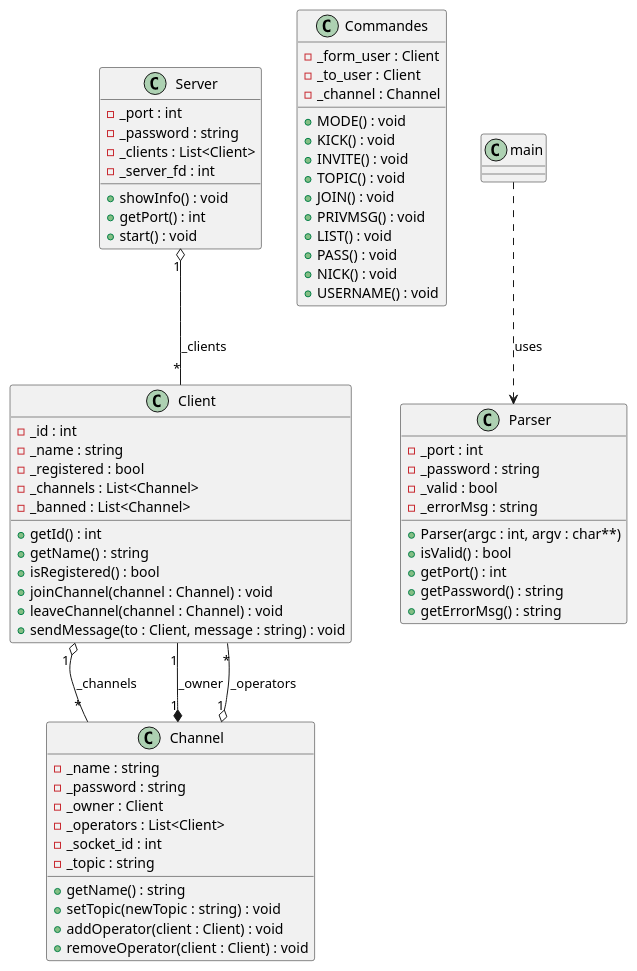
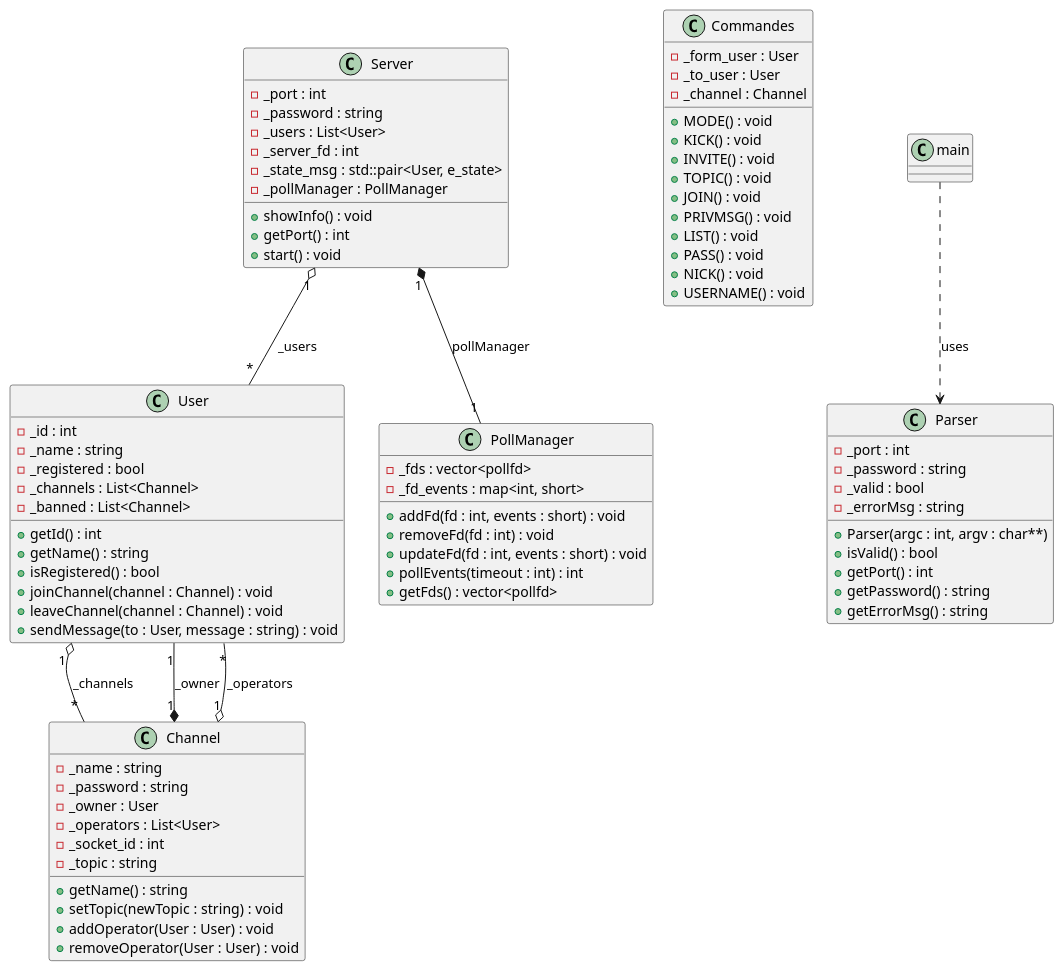
One commit to EniumRaphael/ft_irc changed the diagram in diagram.puml. Above: the diagram before and after it, drawn with PlantUML. The commit also changed 5 other files, not shown here.

Commit message:
Added PollManager class

```diff
--- a/diagram.puml
+++ b/diagram.puml
@@ -1,98 +1,116 @@
 @startuml
+
 
 ' ========================
 '        CLASS: Server
 ' ========================
 class Server {
     - _port : int
     - _password : string
-    - _clients : List<Client>
+    - _users : List<User>
     - _server_fd : int
+    - _state_msg : std::pair<User, e_state>
+    - _pollManager : PollManager
 
     + showInfo() : void
     + getPort() : int
     + start() : void
 }
 
 ' ========================
-'        CLASS: Client
+'        CLASS: User
 ' ========================
-class Client {
+class User {
     - _id : int
     - _name : string
     - _registered : bool
     - _channels : List<Channel>
     - _banned : List<Channel>
 
     + getId() : int
     + getName() : string
     + isRegistered() : bool
     + joinChannel(channel : Channel) : void
     + leaveChannel(channel : Channel) : void
-    + sendMessage(to : Client, message : string) : void
+    + sendMessage(to : User, message : string) : void
 }
 
 ' ========================
 '        CLASS: Channel
 ' ========================
 class Channel {
     - _name : string
     - _password : string
-    - _owner : Client
-    - _operators : List<Client>
+    - _owner : User
+    - _operators : List<User>
     - _socket_id : int
     - _topic : string
 
     + getName() : string
     + setTopic(newTopic : string) : void
-    + addOperator(client : Client) : void
-    + removeOperator(client : Client) : void
+    + addOperator(User : User) : void
+    + removeOperator(User : User) : void
 }
 
 ' ========================
 '        CLASS: Commandes
 ' ========================
 class Commandes {
-    - _form_user : Client
-    - _to_user : Client
+    - _form_user : User
+    - _to_user : User
     - _channel : Channel
 
     + MODE() : void
     + KICK() : void
     + INVITE() : void
     + TOPIC() : void
     + JOIN() : void
     + PRIVMSG() : void
     + LIST() : void
     + PASS() : void
     + NICK() : void
     + USERNAME() : void
 }
 
 ' ========================
 '        CLASS: Parser
 ' ========================
 class Parser {
     - _port : int
     - _password : string
     - _valid : bool
     - _errorMsg : string
 
     + Parser(argc : int, argv : char**)
     + isValid() : bool
     + getPort() : int
     + getPassword() : string
     + getErrorMsg() : string
 }
 
 ' ========================
+'        CLASS: PollManager
+' ========================
+class PollManager {
+    - _fds : vector<pollfd>
+    - _fd_events : map<int, short>
+
+    + addFd(fd : int, events : short) : void
+    + removeFd(fd : int) : void
+    + updateFd(fd : int, events : short) : void
+    + pollEvents(timeout : int) : int
+    + getFds() : vector<pollfd>
+}
+
+' ========================
 '         RELATIONS
 ' ========================
 
-Server "1" o-- "*" Client : _clients
-Client "1" o-- "*" Channel : _channels
-Channel "1" *-- "1" Client : _owner
-Channel "1" o-- "*" Client : _operators
+Server "1" o-- "*" User : _users
+User "1" o-- "*" Channel : _channels
+Channel "1" *-- "1" User : _owner
+Channel "1" o-- "*" User : _operators
 main ..> Parser : uses
+Server "1" *-- "1" PollManager : pollManager
 
 @enduml
```
